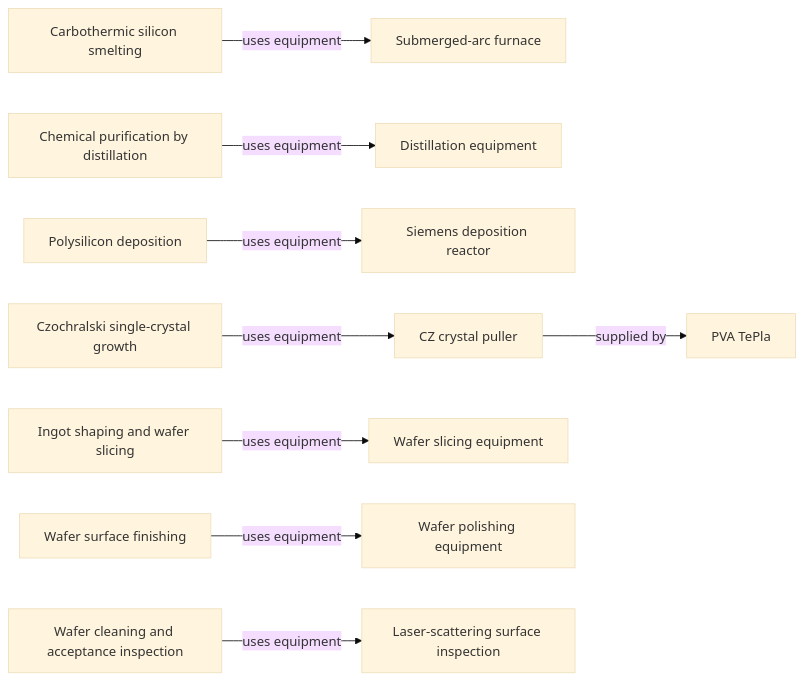
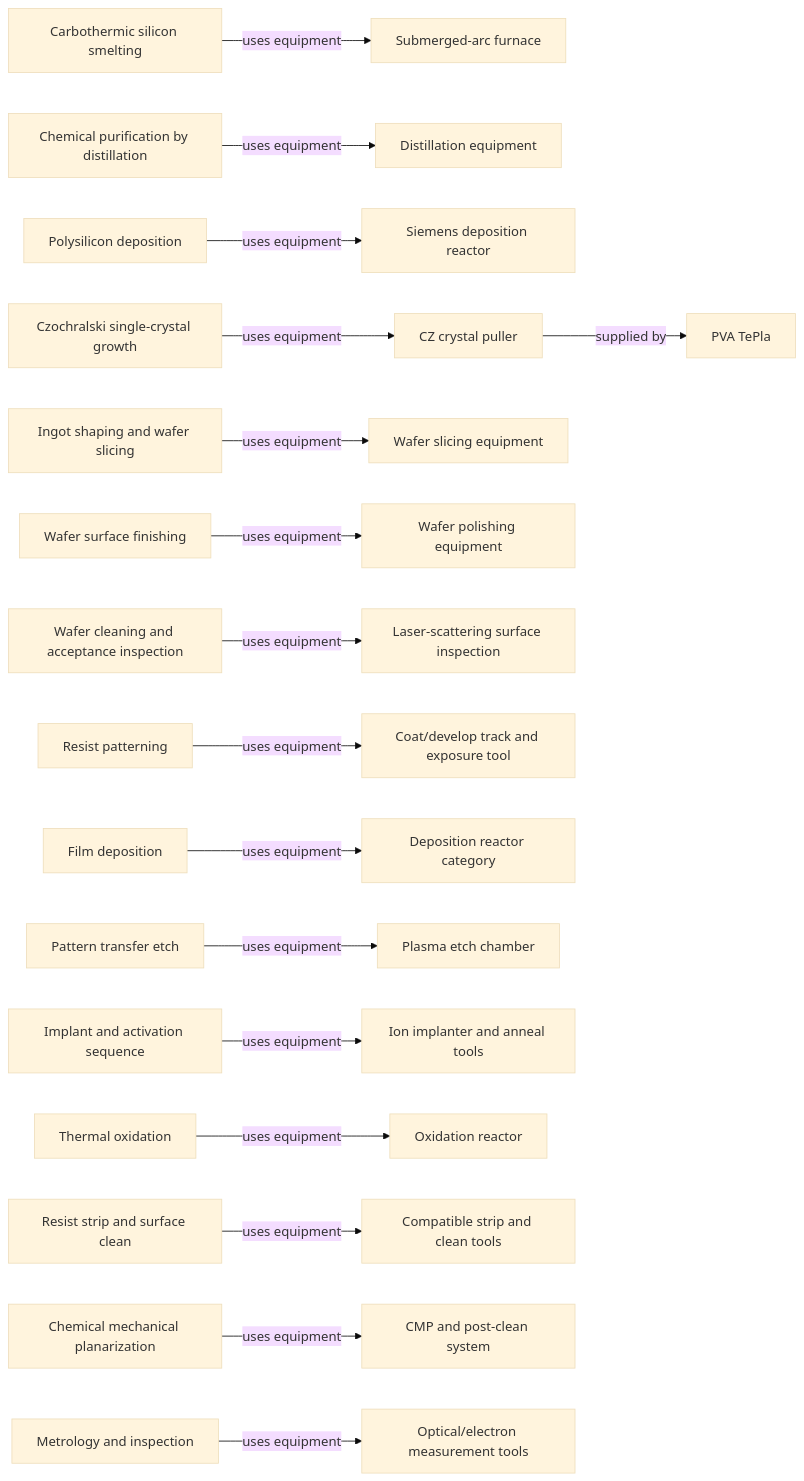
Before and after one commit to samuelianrich/semiconductor-manufacturing-kb: the diagram in manufacturing_map/equipment_map.md, drawn with Mermaid (base theme). The commit also changed other lines of this file and 70 other files, not shown here.

````diff
--- a/manufacturing_map/equipment_map.md
+++ b/manufacturing_map/equipment_map.md
@@ -8,26 +8,50 @@
 ```mermaid
 flowchart LR
   EQ_0001["Submerged-arc furnace"]
   EQ_0002["Distillation equipment"]
   EQ_0003["Siemens deposition reactor"]
   EQ_0004["CZ crystal puller"]
   EQ_0005["Wafer slicing equipment"]
   EQ_0006["Wafer polishing equipment"]
   EQ_0007["Laser-scattering surface inspection"]
+  EQ_0101["Coat/develop track and exposure tool"]
+  EQ_0102["Deposition reactor category"]
+  EQ_0103["Plasma etch chamber"]
+  EQ_0104["Ion implanter and anneal tools"]
+  EQ_0105["Oxidation reactor"]
+  EQ_0106["Compatible strip and clean tools"]
+  EQ_0107["CMP and post-clean system"]
+  EQ_0108["Optical/electron measurement tools"]
   PROC_0002["Carbothermic silicon smelting"]
   PROC_0004["Chemical purification by distillation"]
   PROC_0005["Polysilicon deposition"]
   PROC_0006["Czochralski single-crystal growth"]
   PROC_0007["Ingot shaping and wafer slicing"]
   PROC_0008["Wafer surface finishing"]
   PROC_0009["Wafer cleaning and acceptance inspection"]
+  PROC_0101["Resist patterning"]
+  PROC_0102["Film deposition"]
+  PROC_0103["Pattern transfer etch"]
+  PROC_0104["Implant and activation sequence"]
+  PROC_0105["Thermal oxidation"]
+  PROC_0106["Resist strip and surface clean"]
+  PROC_0107["Chemical mechanical planarization"]
+  PROC_0108["Metrology and inspection"]
   SUP_0005["PVA TePla"]
   PROC_0002 -->|"uses equipment"| EQ_0001
   PROC_0004 -->|"uses equipment"| EQ_0002
   PROC_0005 -->|"uses equipment"| EQ_0003
   PROC_0006 -->|"uses equipment"| EQ_0004
   PROC_0007 -->|"uses equipment"| EQ_0005
   PROC_0008 -->|"uses equipment"| EQ_0006
   PROC_0009 -->|"uses equipment"| EQ_0007
   EQ_0004 -->|"supplied by"| SUP_0005
+  PROC_0101 -->|"uses equipment"| EQ_0101
+  PROC_0102 -->|"uses equipment"| EQ_0102
+  PROC_0103 -->|"uses equipment"| EQ_0103
+  PROC_0104 -->|"uses equipment"| EQ_0104
+  PROC_0105 -->|"uses equipment"| EQ_0105
+  PROC_0106 -->|"uses equipment"| EQ_0106
+  PROC_0107 -->|"uses equipment"| EQ_0107
+  PROC_0108 -->|"uses equipment"| EQ_0108
 ```
````
